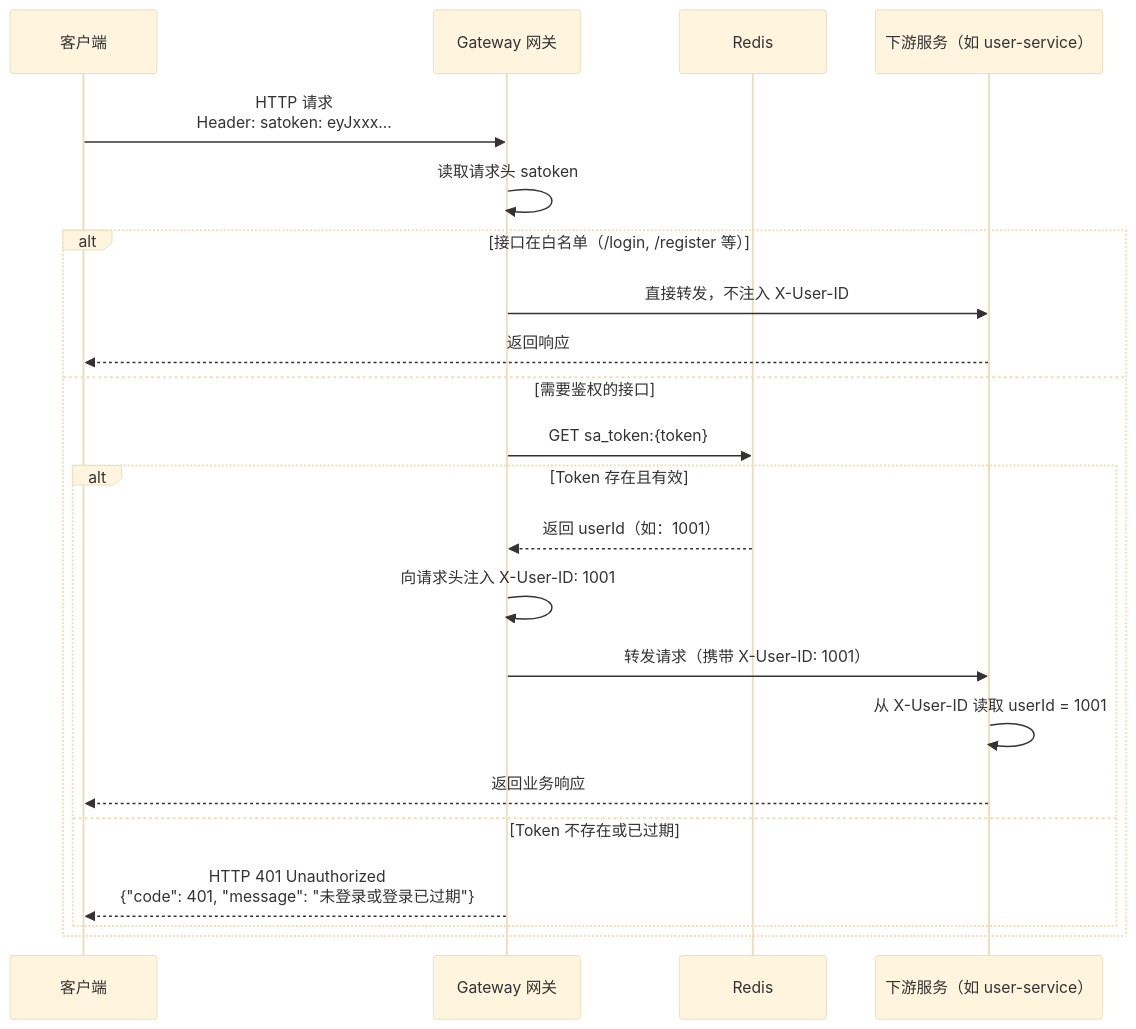
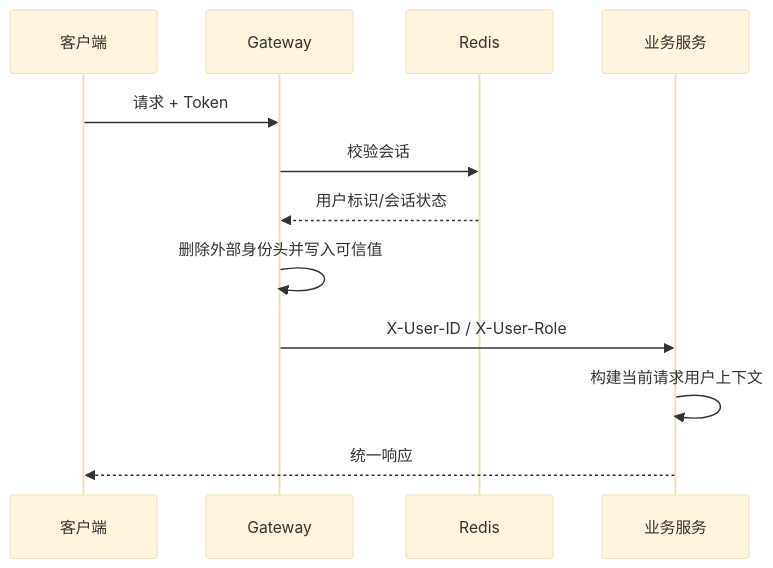
The diagram in 项目文档/3-架构设计/用户信息传递方案.md (jiayuhan123/graduation-project), drawn with Mermaid (base theme) before and after one commit. The commit also changed other lines of this file and 65 other files, not shown here.

````diff
--- a/项目文档/3-架构设计/用户信息传递方案.md
+++ b/项目文档/3-架构设计/用户信息传递方案.md
@@ -23,27 +9,14 @@
 ```mermaid
 sequenceDiagram
     participant C as 客户端
-    participant G as Gateway 网关
+    participant G as Gateway
     participant R as Redis
-    participant S as 下游服务（如 user-service）
-
-    C->>G: HTTP 请求<br/>Header: satoken: eyJxxx...
-
-    G->>G: 读取请求头 satoken
-
-    alt 接口在白名单（/login, /register 等）
-        G->>S: 直接转发，不注入 X-User-ID
-        S-->>C: 返回响应
-    else 需要鉴权的接口
-        G->>R: GET sa_token:{token}
-        alt Token 存在且有效
-            R-->>G: 返回 userId（如：1001）
-            G->>G: 向请求头注入 X-User-ID: 1001
-            G->>S: 转发请求（携带 X-User-ID: 1001）
-            S->>S: 从 X-User-ID 读取 userId = 1001
-            S-->>C: 返回业务响应
-        else Token 不存在或已过期
-            G-->>C: HTTP 401 Unauthorized<br/>{"code": 401, "message": "未登录或登录已过期"}
-        end
-    end
+    participant S as 业务服务
+    C->>G: 请求 + Token
+    G->>R: 校验会话
+    R-->>G: 用户标识/会话状态
+    G->>G: 删除外部身份头并写入可信值
+    G->>S: X-User-ID / X-User-Role
+    S->>S: 构建当前请求用户上下文
+    S-->>C: 统一响应
 ```
````
